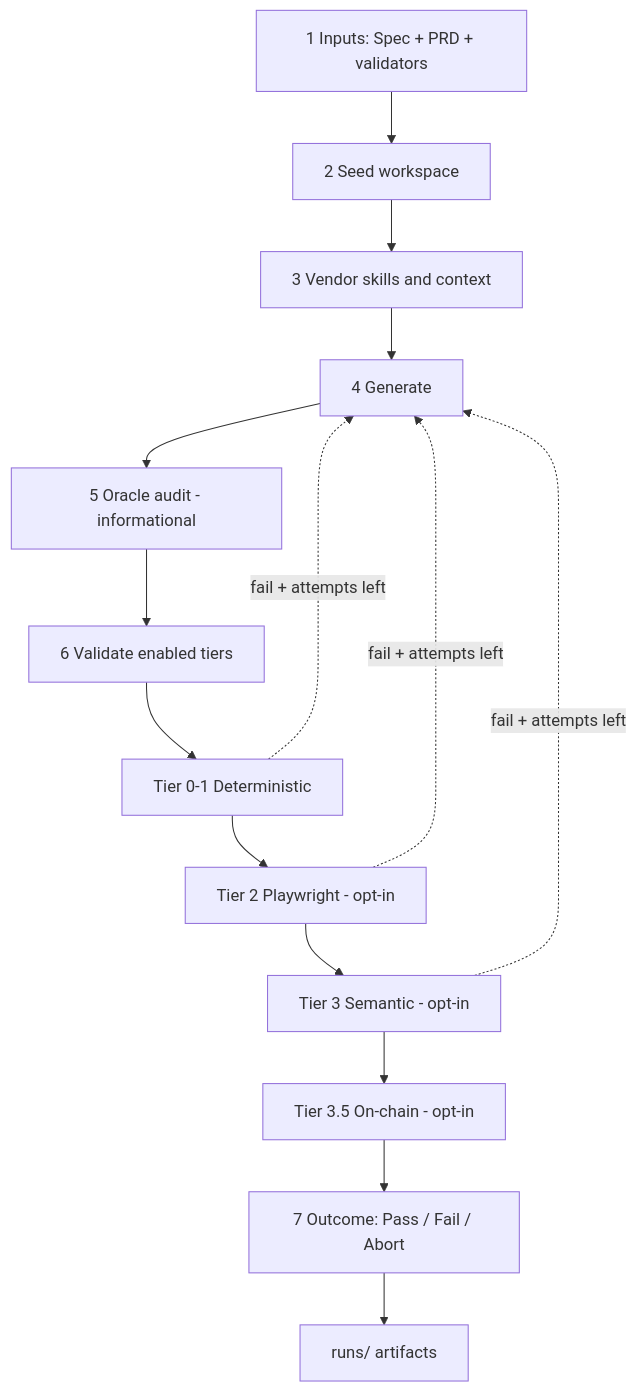
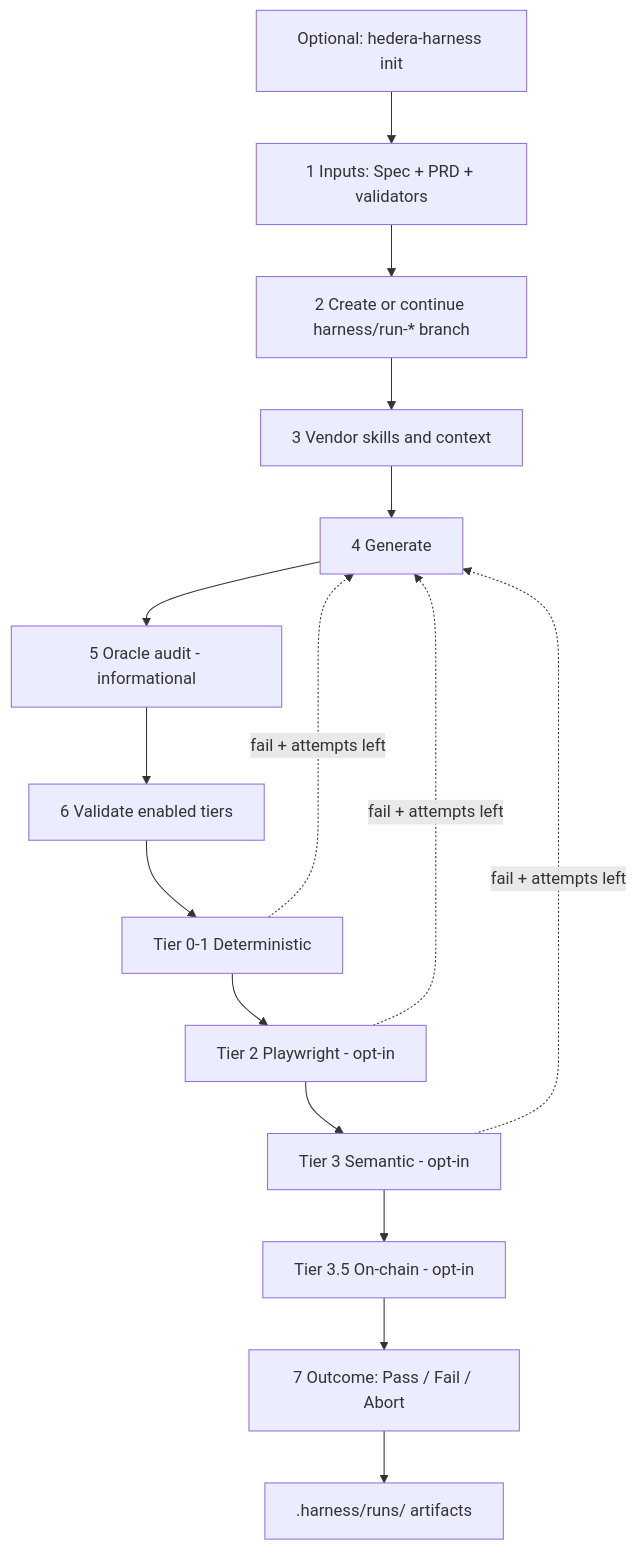
One commit to hedera-dev/hedera-harness changed the diagram in README.md. Above: the diagram before and after it, drawn with Mermaid. The commit also changed other lines of this file and 26 other files, not shown here.

Commit message:
feat: configure harness to support run + init

````diff
--- a/README.md
+++ b/README.md
@@ -26,17 +31,18 @@
 ```mermaid
 flowchart TD
-  inputs[1 Inputs: Spec + PRD + validators] --> seed[2 Seed workspace]
-  seed --> vendor[3 Vendor skills and context]
+  init[Optional: hedera-harness init] --> inputs[1 Inputs: Spec + PRD + validators]
+  inputs --> branch[2 Create or continue harness/run-* branch]
+  branch --> vendor[3 Vendor skills and context]
   vendor --> generate[4 Generate]
   generate --> audit[5 Oracle audit - informational]
   audit --> validate[6 Validate enabled tiers]
   validate --> tier01[Tier 0-1 Deterministic]
   tier01 --> tier2[Tier 2 Playwright - opt-in]
   tier2 --> tier3[Tier 3 Semantic - opt-in]
   tier3 --> tier35[Tier 3.5 On-chain - opt-in]
   tier35 --> outcome[7 Outcome: Pass / Fail / Abort]
-  outcome --> artifacts[runs/ artifacts]
+  outcome --> artifacts[.harness/runs/ artifacts]
   tier01 -.->|fail + attempts left| generate
   tier2 -.->|fail + attempts left| generate
   tier3 -.->|fail + attempts left| generate
 ```
````
